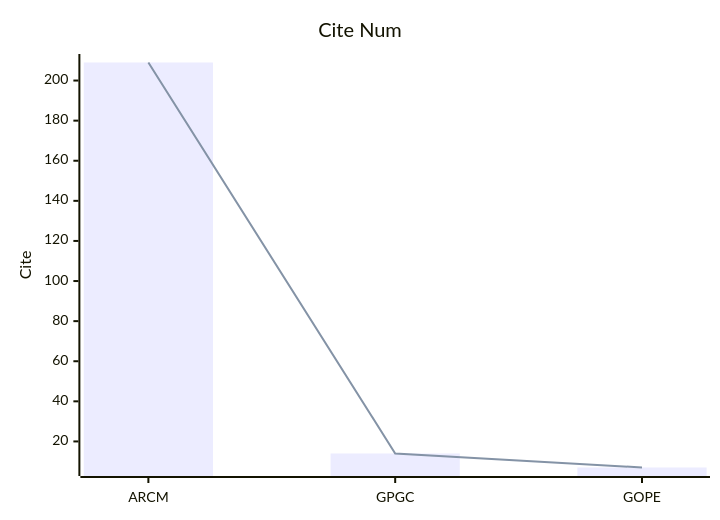
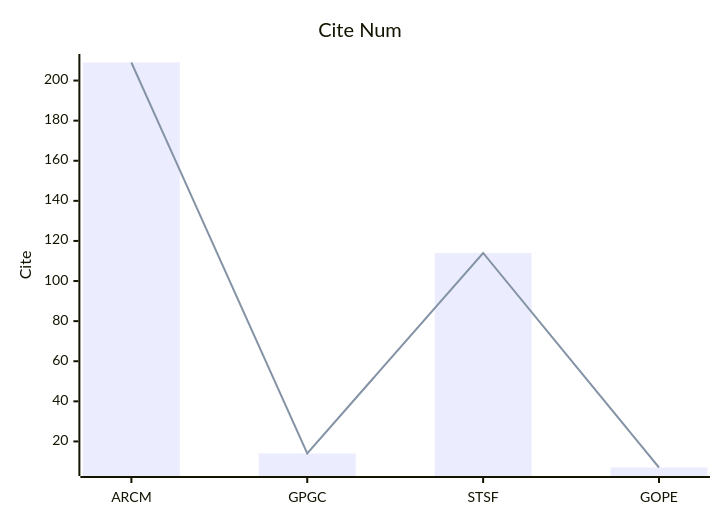
The fifth of 5 diagrams in CV/PE/analyse.md (Elephant-King9/Paper), drawn with Mermaid before and after one commit. The commit also changed other lines of this file and 3 other files, not shown here.

````diff
--- a/CV/PE/analyse.md
+++ b/CV/PE/analyse.md
@@ -48,8 +50,8 @@
 ```mermaid
     xychart-beta
     title "Cite Num"
-    x-axis [ARCM,GPGC,GOPE]
+    x-axis [ARCM,GPGC,STSF,GOPE]
     y-axis "Cite" 
-    bar [209,14,7]
-    line [209,14,7]
+    bar [209,14,114,7]
+    line [209,14,114,7]
 ```
````
